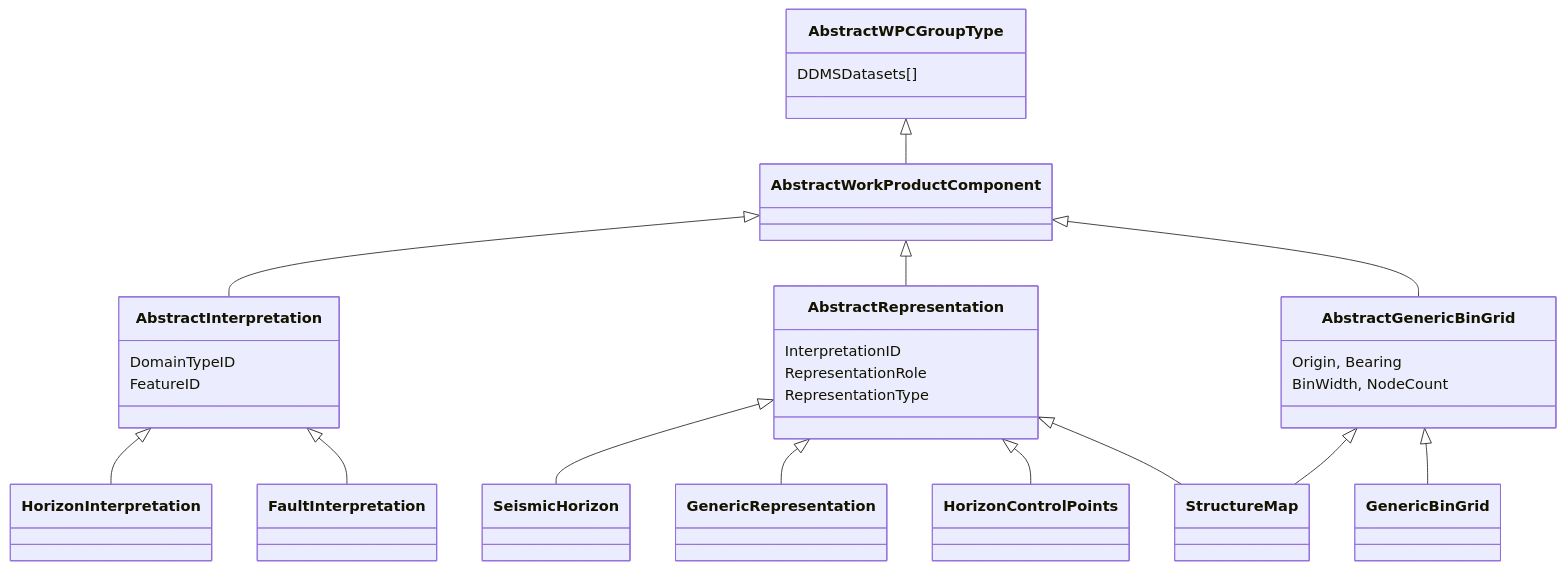
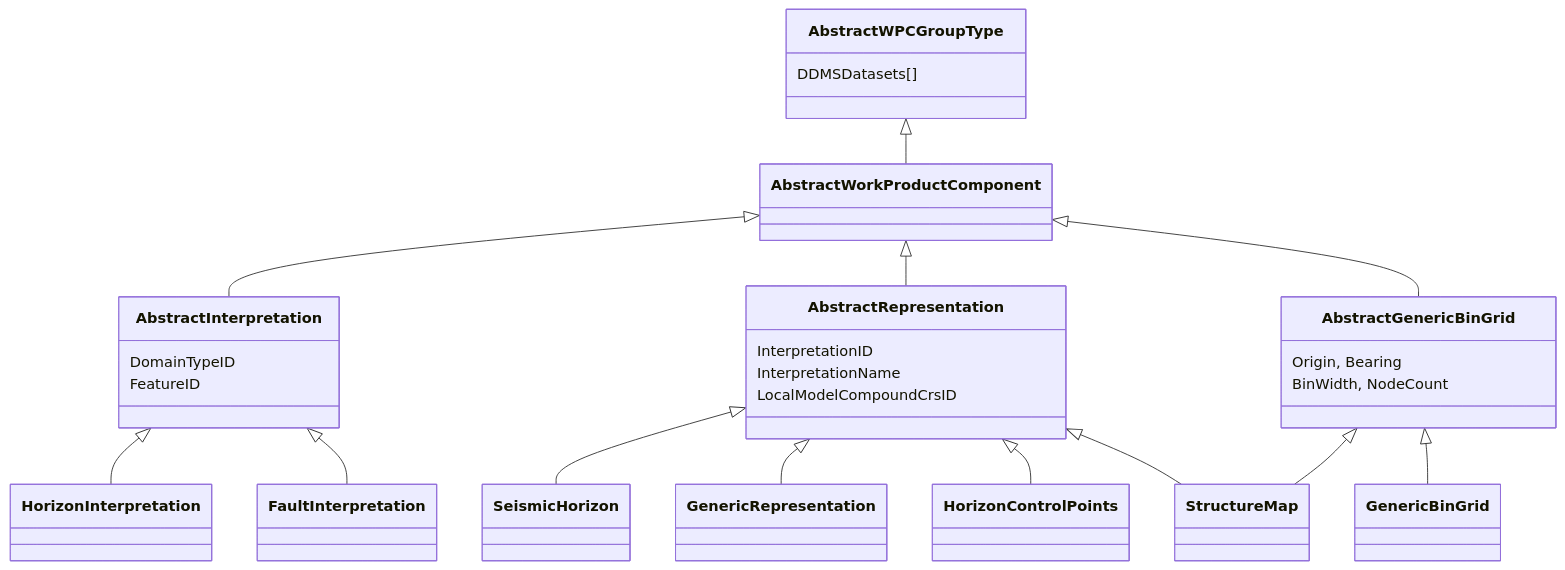
Before and after one commit to equinor/ores: the second of 4 diagrams in md/SeisInt.md, drawn with Mermaid. The commit also changed other lines of this file and 4 other files, not shown here.

````diff
--- a/md/SeisInt.md
+++ b/md/SeisInt.md
@@ -38,33 +38,33 @@
 ```mermaid
 classDiagram
     direction TB
     AbstractWPCGroupType <|-- AbstractWorkProductComponent
     AbstractWorkProductComponent <|-- AbstractInterpretation
     AbstractInterpretation <|-- HorizonInterpretation
     AbstractInterpretation <|-- FaultInterpretation
     AbstractWorkProductComponent <|-- AbstractRepresentation
     AbstractRepresentation <|-- SeismicHorizon
     AbstractRepresentation <|-- GenericRepresentation
     AbstractRepresentation <|-- HorizonControlPoints
     AbstractRepresentation <|-- StructureMap
     AbstractGenericBinGrid <|-- StructureMap
     AbstractWorkProductComponent <|-- AbstractGenericBinGrid
     AbstractGenericBinGrid <|-- GenericBinGrid
 
     class AbstractWPCGroupType {
         DDMSDatasets[]
     }
     class AbstractInterpretation {
         DomainTypeID
         FeatureID
     }
     class AbstractRepresentation {
         InterpretationID
-        RepresentationRole
-        RepresentationType
+        InterpretationName
+        LocalModelCompoundCrsID
     }
     class AbstractGenericBinGrid {
         Origin, Bearing
         BinWidth, NodeCount
     }
 ```
````
